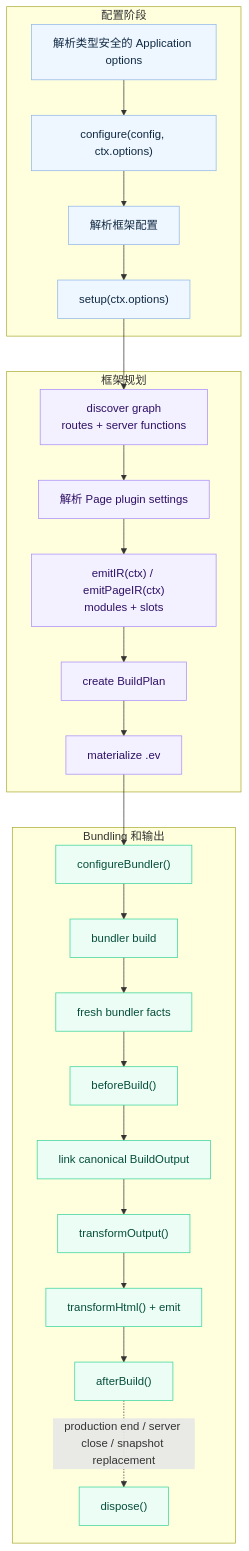
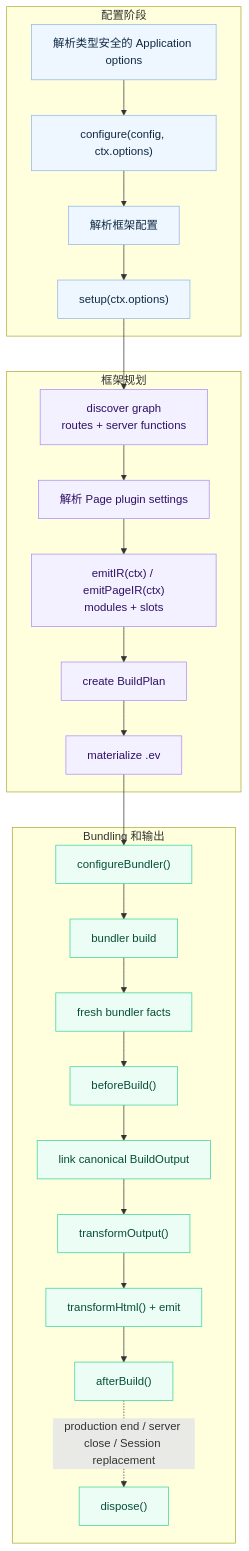
Before and after one commit to afx-team/evjs: the diagram in docs/i18n/zh-Hans/docusaurus-plugin-content-docs/current/plugin-hooks.md, drawn with Mermaid. The commit also changed other lines of this file and 47 other files, not shown here.

````diff
--- a/docs/i18n/zh-Hans/docusaurus-plugin-content-docs/current/plugin-hooks.md
+++ b/docs/i18n/zh-Hans/docusaurus-plugin-content-docs/current/plugin-hooks.md
@@ -9,41 +9,41 @@
 ```mermaid
 flowchart TB
   subgraph Configure["配置阶段"]
     AppOptions["解析类型安全的 Application options"]
     Config["configure(config, ctx.options)"]
     Resolve["解析框架配置"]
     Setup["setup(ctx.options)"]
   end
 
   subgraph Plan["框架规划"]
     Graph["discover graph\nroutes + server functions"]
     PageSettings["解析 Page plugin settings"]
     Contributions["emitIR(ctx) / emitPageIR(ctx)\nmodules + slots"]
     BuildPlan["create BuildPlan"]
     IR["materialize .ev"]
   end
 
   subgraph Build["Bundling 和输出"]
     BundlerConfig["configureBundler()"]
     Bundler["bundler build"]
     Facts["fresh bundler facts"]
     BuildStart["beforeBuild()"]
     Link["link canonical BuildOutput"]
     BuildOutput["transformOutput()"]
     HTML["transformHtml() + emit"]
     BuildEnd["afterBuild()"]
     Dispose["dispose()"]
   end
 
   AppOptions --> Config --> Resolve --> Setup --> Graph --> PageSettings --> Contributions --> BuildPlan
   BuildPlan --> IR --> BundlerConfig --> Bundler --> Facts --> BuildStart --> Link
   Link --> BuildOutput --> HTML --> BuildEnd
-  BuildEnd -. production end / server close / snapshot replacement .-> Dispose
+  BuildEnd -. production end / server close / Session replacement .-> Dispose
 
   classDef config fill:#eef6ff,stroke:#8fb5e8,color:#102a43;
   classDef plan fill:#f3f0ff,stroke:#a78bfa,color:#2e1065;
   classDef build fill:#ecfdf5,stroke:#34d399,color:#064e3b;
   class AppOptions,Config,Resolve,Setup config;
   class Graph,PageSettings,BuildPlan,Contributions,IR plan;
   class BundlerConfig,Bundler,Facts,BuildStart,Link,BuildOutput,HTML,BuildEnd,Dispose build;
 ```
````
